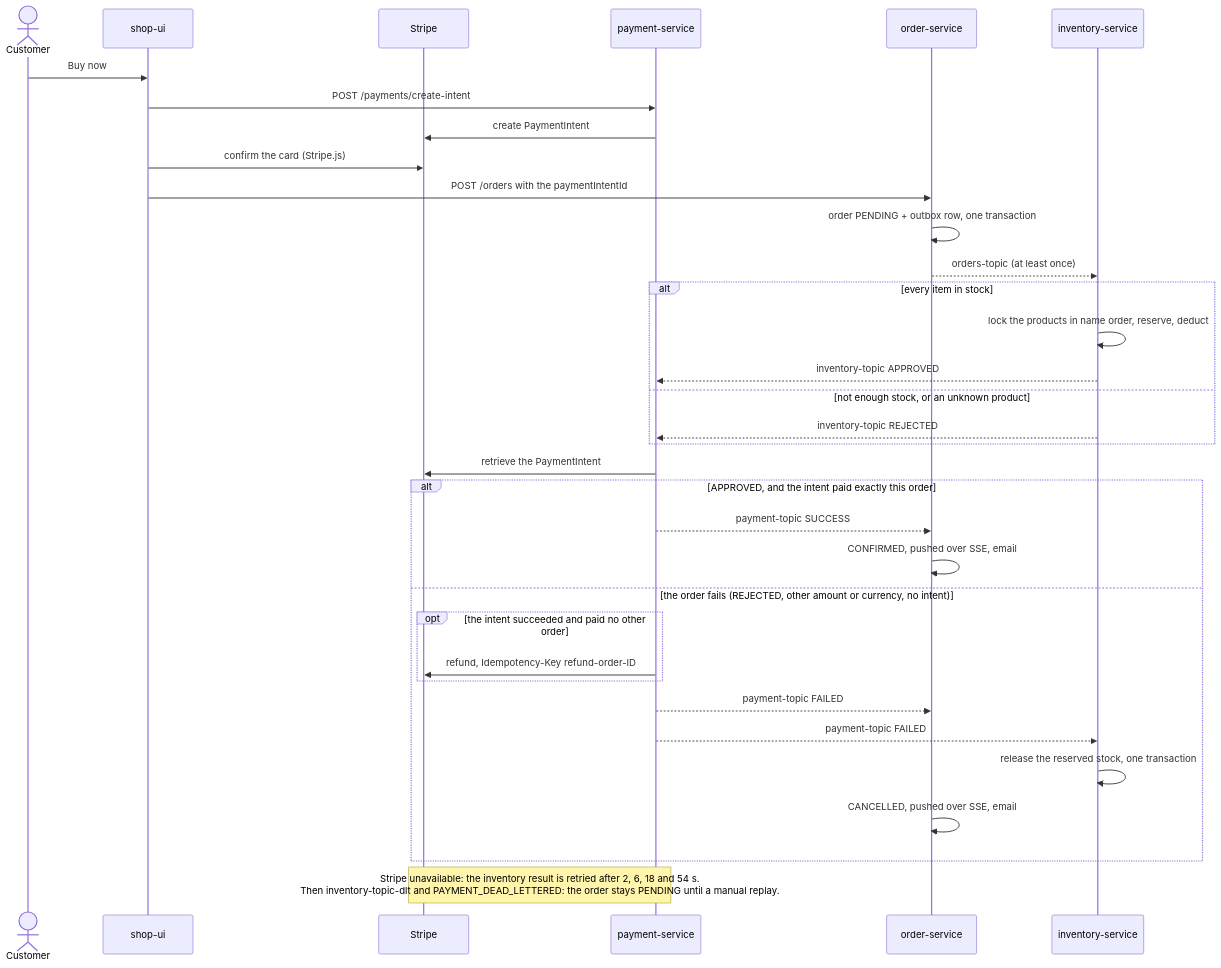
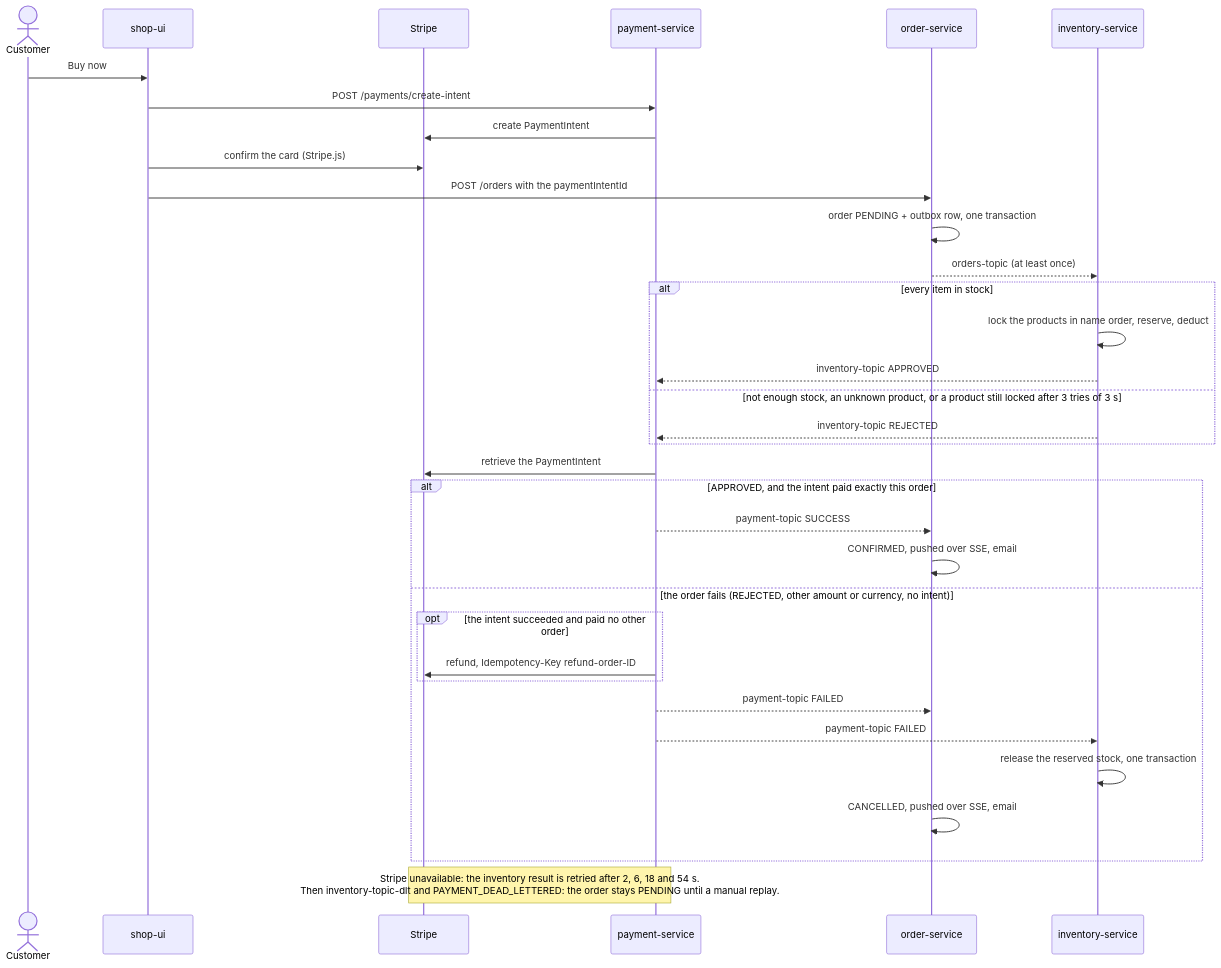
The second of 3 diagrams in README.md (daniellaera/spring-microservices-saga), drawn with Mermaid before and after one commit. The commit also changed other lines of this file and 5 other files, not shown here.

````diff
--- a/README.md
+++ b/README.md
@@ -61,37 +61,37 @@
 ```mermaid
 sequenceDiagram
     actor C as Customer
     participant UI as shop-ui
     participant S as Stripe
     participant P as payment-service
     participant O as order-service
     participant I as inventory-service
 
     C->>UI: Buy now
     UI->>P: POST /payments/create-intent
     P->>S: create PaymentIntent
     UI->>S: confirm the card (Stripe.js)
     UI->>O: POST /orders with the paymentIntentId
     O->>O: order PENDING + outbox row, one transaction
     O-->>I: orders-topic (at least once)
     alt every item in stock
         I->>I: lock the products in name order, reserve, deduct
         I-->>P: inventory-topic APPROVED
-    else not enough stock, or an unknown product
+    else not enough stock, an unknown product, or a product still locked after 3 tries of 3 s
         I-->>P: inventory-topic REJECTED
     end
     P->>S: retrieve the PaymentIntent
     alt APPROVED, and the intent paid exactly this order
         P-->>O: payment-topic SUCCESS
         O->>O: CONFIRMED, pushed over SSE, email
     else the order fails (REJECTED, other amount or currency, no intent)
         opt the intent succeeded and paid no other order
             P->>S: refund, Idempotency-Key refund-order-ID
         end
         P-->>O: payment-topic FAILED
         P-->>I: payment-topic FAILED
         I->>I: release the reserved stock, one transaction
         O->>O: CANCELLED, pushed over SSE, email
     end
     Note over P,S: Stripe unavailable: the inventory result is retried after 2, 6, 18 and 54 s.<br/>Then inventory-topic-dlt and PAYMENT_DEAD_LETTERED: the order stays PENDING until a manual replay.
 ```
````
